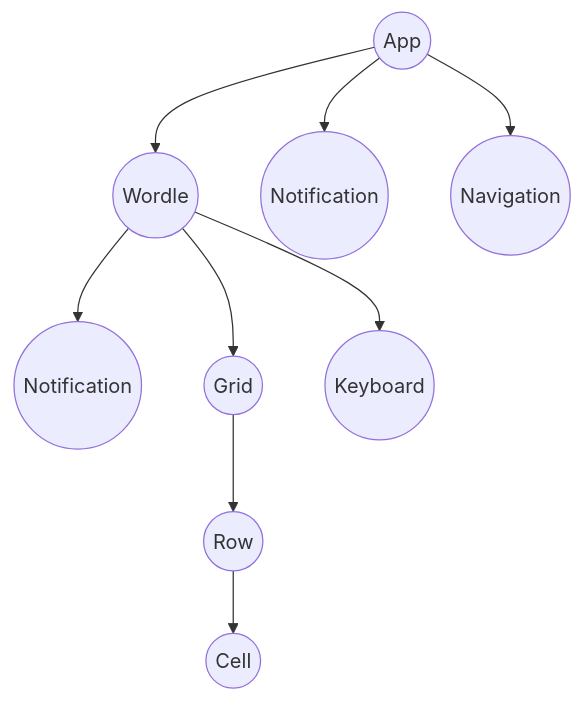
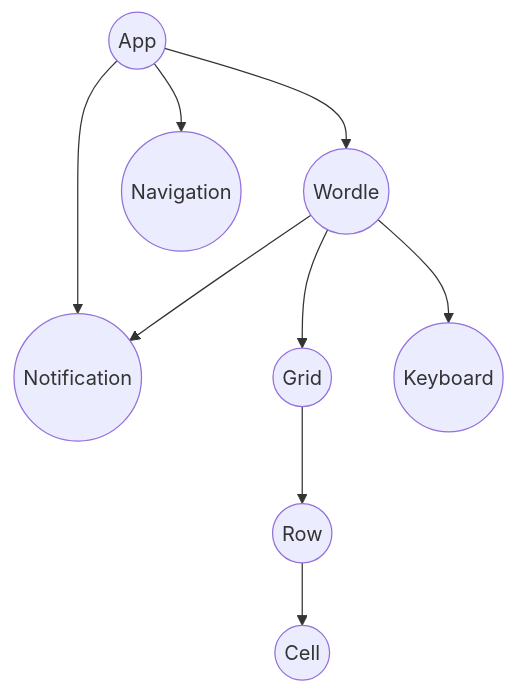
The diagram in README.md (ingadi/wordle-clone), drawn with Mermaid before and after one commit.

````diff
--- a/README.md
+++ b/README.md
@@ -28,11 +28,11 @@
 ```mermaid
 graph TB
 A((App))-->B((Wordle))
 A-->C((Notification))
 A-->D((Navigation))
-B-->E((Notification))
+B-->C((Notification))
 B-->F((Grid))
 B-->G((Keyboard))
 F-->H((Row))
 H-->I((Cell))
 ```
````
